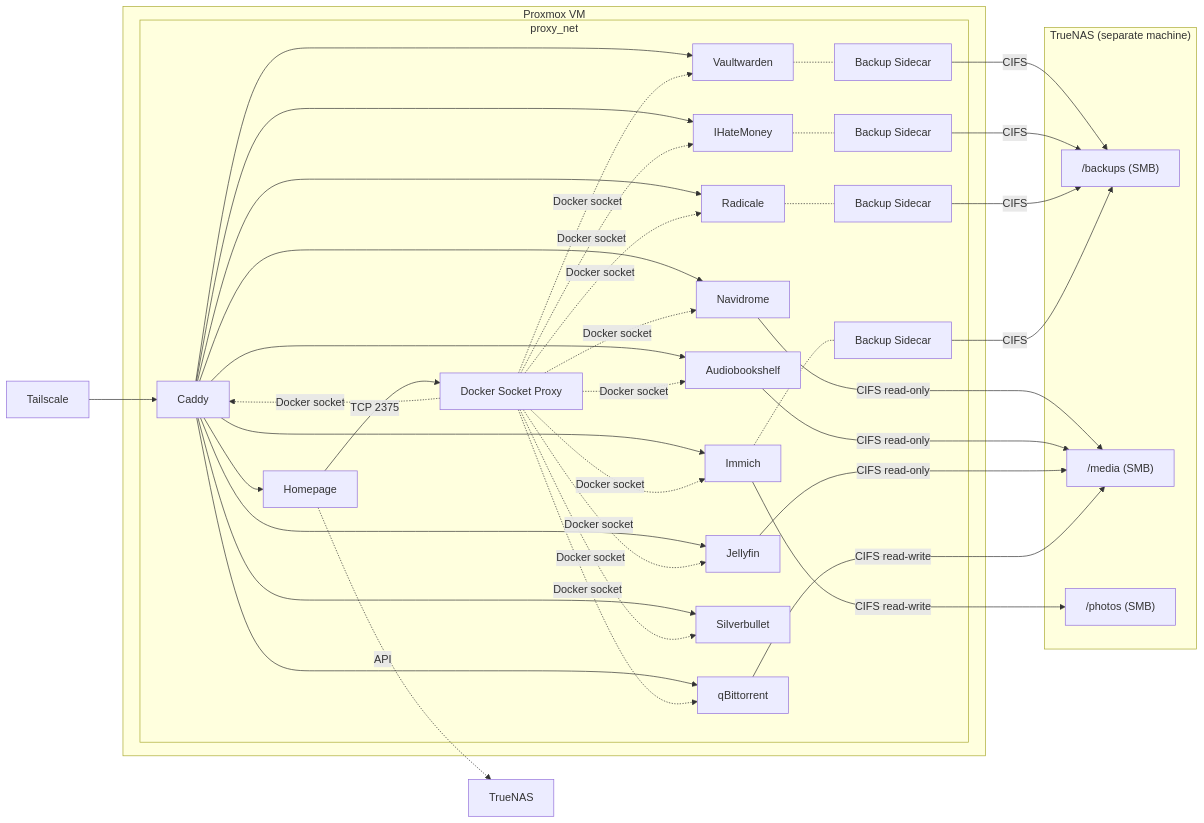
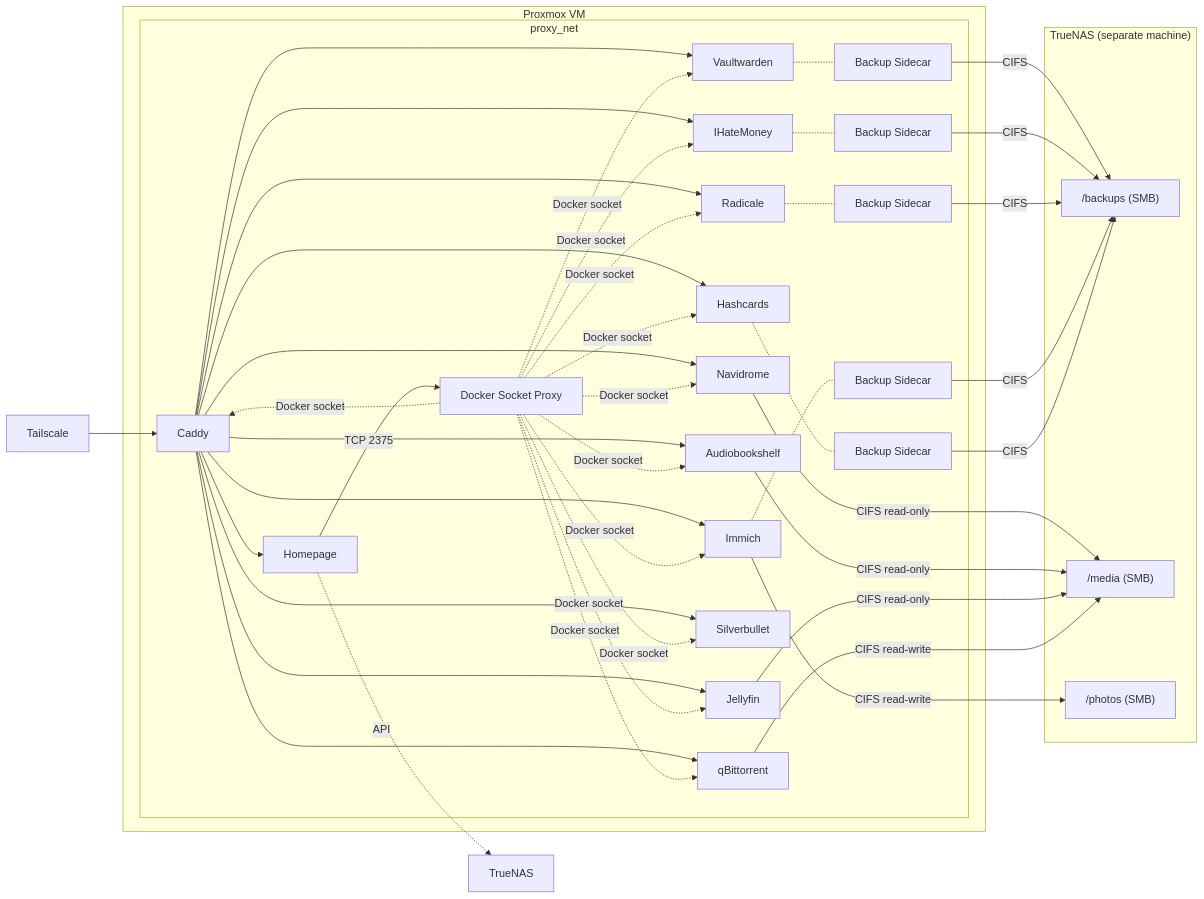
The first of 2 diagrams in README.md (masolnada/homelab), drawn with Mermaid before and after one commit. The commit also changed other lines of this file and 7 other files, not shown here.

````diff
--- a/README.md
+++ b/README.md
@@ -7,52 +7,56 @@
 ```mermaid
 graph LR
     TS[Tailscale] --> Caddy
 
     subgraph VM["Proxmox VM"]
         subgraph proxy_net
             Caddy --> Homepage
             Caddy --> Vaultwarden
             Caddy --> Navidrome
             Caddy --> Audiobookshelf
             Caddy --> IHateMoney
             Caddy --> Jellyfin
             Caddy --> qBittorrent
             Caddy --> Radicale
             Caddy --> Silverbullet
             Caddy --> Immich[Immich]
+            Caddy --> Hashcards
             Homepage -->|TCP 2375| DockerProxy[Docker Socket Proxy]
             DockerProxy -.->|Docker socket| Caddy
             DockerProxy -.->|Docker socket| Vaultwarden
             DockerProxy -.->|Docker socket| Navidrome
             DockerProxy -.->|Docker socket| Audiobookshelf
             DockerProxy -.->|Docker socket| IHateMoney
             DockerProxy -.->|Docker socket| Jellyfin
             DockerProxy -.->|Docker socket| qBittorrent
             DockerProxy -.->|Docker socket| Radicale
             DockerProxy -.->|Docker socket| Silverbullet
             DockerProxy -.->|Docker socket| Immich
+            DockerProxy -.->|Docker socket| Hashcards
             Vaultwarden -.- Backup[Backup Sidecar]
             IHateMoney -.- IHMBackup[Backup Sidecar]
             Radicale -.- RadBackup[Backup Sidecar]
             Immich -.- ImmichBackup[Backup Sidecar]
+            Hashcards -.- HashcardsBackup[Backup Sidecar]
         end
     end
 
     subgraph NAS["TrueNAS (separate machine)"]
         backups["/backups (SMB)"]
         media["/media (SMB)"]
         photos["/photos (SMB)"]
     end
 
     Homepage -.->|API| TrueNAS
 
     Backup -->|CIFS| backups
     IHMBackup -->|CIFS| backups
     RadBackup -->|CIFS| backups
     ImmichBackup -->|CIFS| backups
+    HashcardsBackup -->|CIFS| backups
     Navidrome -->|CIFS read-only| media
     Audiobookshelf -->|CIFS read-only| media
     Jellyfin -->|CIFS read-only| media
     qBittorrent -->|CIFS read-write| media
     Immich -->|CIFS read-write| photos
 ```
````
